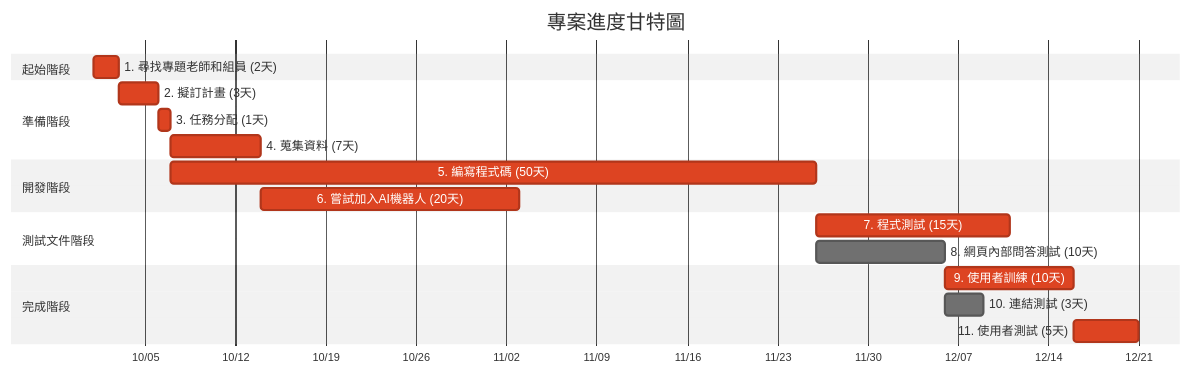
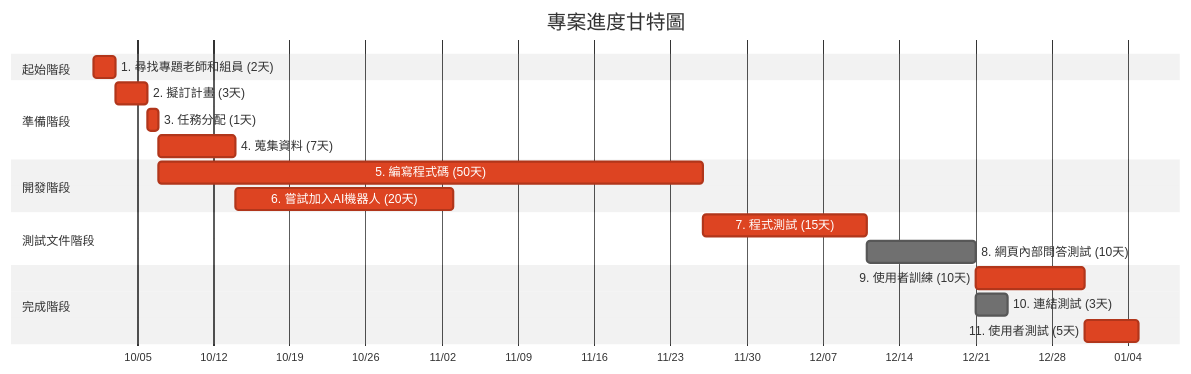
The second of 2 diagrams in hw2.md (c112118202-droid/-), drawn with Mermaid (neutral theme) before and after one commit.

````diff
--- a/hw2.md
+++ b/hw2.md
@@ -29,27 +29,27 @@
 ```mermaid
 gantt
     title 專案進度甘特圖
     dateFormat YYYY-MM-DD
     axisFormat %m/%d
     
     section 起始階段
     1. 尋找專題老師和組員 (2天)     :crit, m1, 2025-10-01, 2d
     
     section 準備階段
     2. 擬訂計畫 (3天)     :crit, m2, after m1, 3d
     3. 任務分配 (1天)    :crit, m3, after m2, 1d
     4. 蒐集資料 (7天)    :crit, m4, after m3, 7d
 
     section 開發階段
     5. 編寫程式碼 (50天)    :crit, m5, after m3, 50d
     6. 嘗試加入AI機器人 (20天)    :crit, m6, after m4, 20d
     
     section 測試文件階段
     7. 程式測試 (15天)    :crit, m7, after m5, 15d
-    8. 網頁內部問答測試 (10天) :m7, after m5, 10d
+    8. 網頁內部問答測試 (10天) :m8, after m7, 10d
         
     section 完成階段
     9. 使用者訓練 (10天)    :crit, m9, after m8, 10d
     10. 連結測試 (3天)  :m10, after m7 m8, 3d
     11. 使用者測試 (5天)  :crit, m11, after m9 m10, 5d
 ```
````
